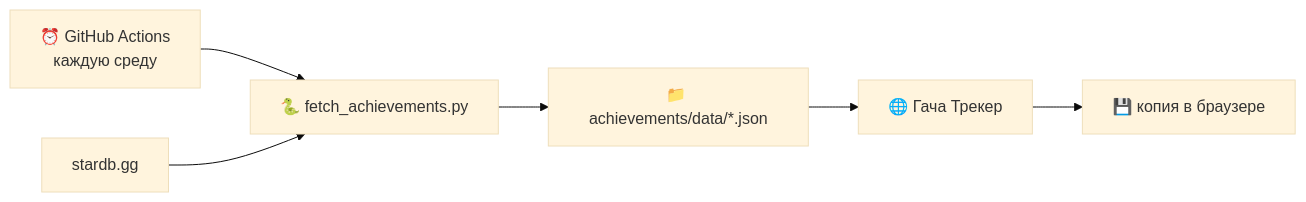
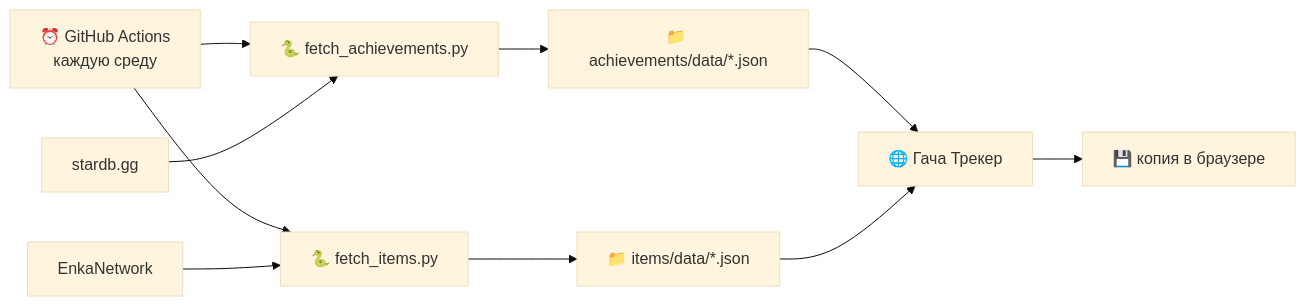
The diagram in README.md (hexareondev/Gacha-Tracker), drawn with Mermaid (base theme) before and after one commit. The commit also changed other lines of this file and 11 other files, not shown here.

````diff
--- a/README.md
+++ b/README.md
@@ -183,8 +183,12 @@
 ```mermaid
 flowchart LR
     A["⏰ GitHub Actions<br/>каждую среду"] --> B["🐍 fetch_achievements.py"]
     C["stardb.gg"] --> B
     B --> D["📁 achievements/data/*.json"]
     D --> E["🌐 Гача Трекер"]
+    A --> G["🐍 fetch_items.py"]
+    H["EnkaNetwork"] --> G
+    G --> I["📁 items/data/*.json"]
+    I --> E
     E --> F["💾 копия в браузере"]
 ```
````
